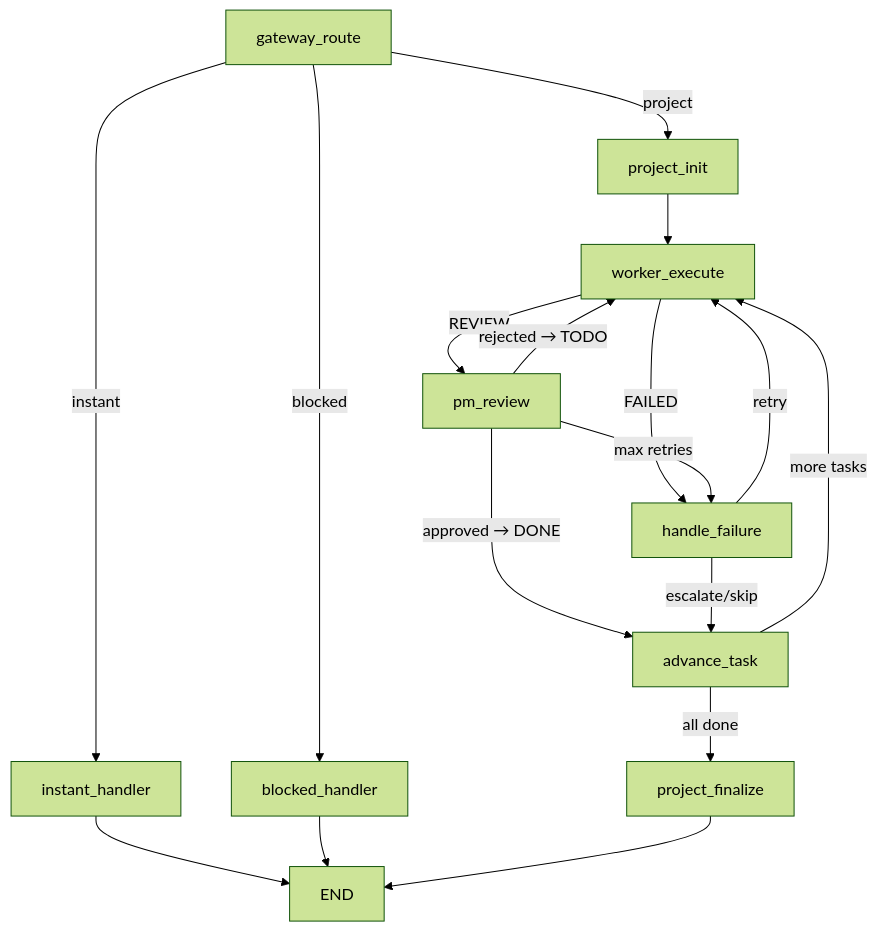
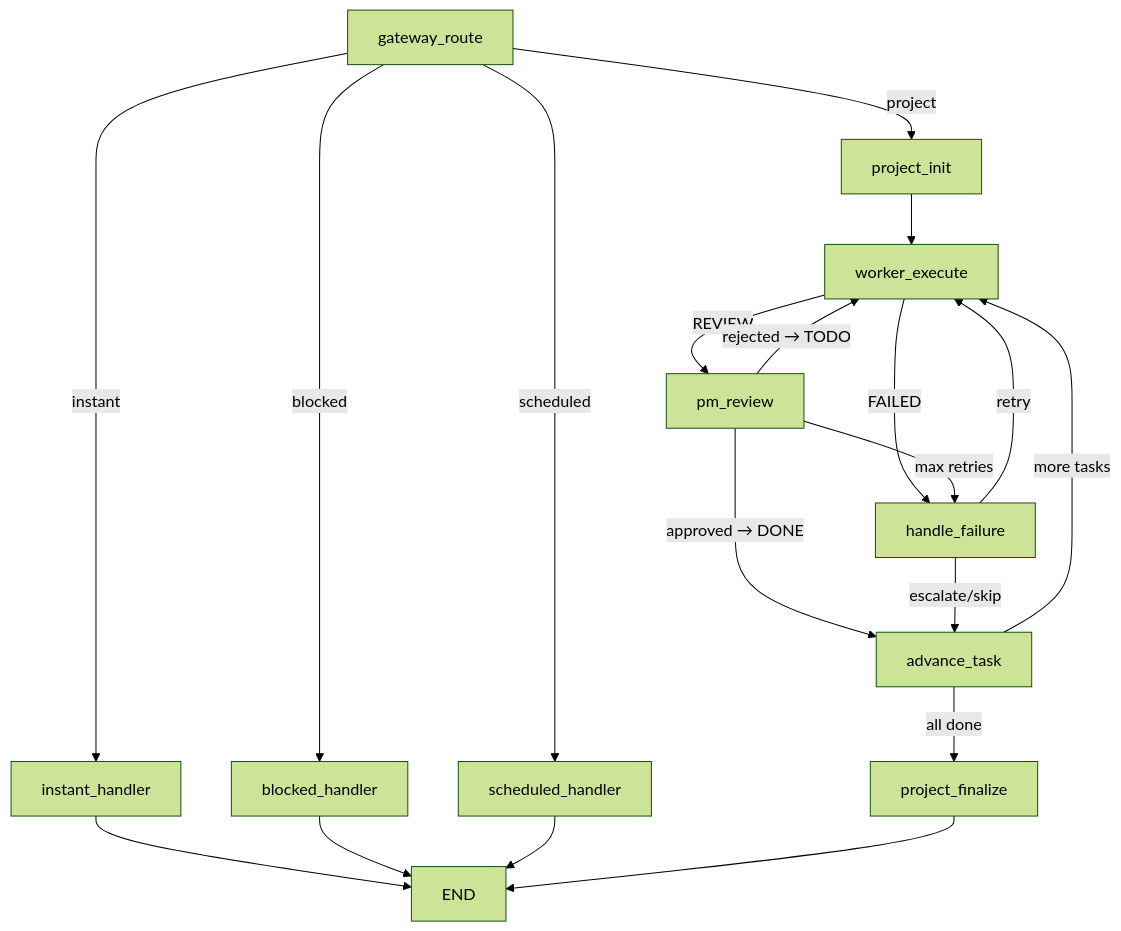
The diagram in 学习文档.md (Byang5426/multi-agent-damo), drawn with Mermaid (forest theme) before and after one commit. The commit also changed other lines of this file and 1 other file, not shown here.

````diff
--- a/学习文档.md
+++ b/学习文档.md
@@ -127,19 +140,21 @@
 ```mermaid
 graph TB
     A[gateway_route] -->|instant| B[instant_handler]
     A -->|project| C[project_init]
     A -->|blocked| D[blocked_handler]
+    A -->|scheduled| D2[scheduled_handler]
     B --> END
     D --> END
+    D2 --> END
     C --> E[worker_execute]
     E -->|REVIEW| F[pm_review]
     E -->|FAILED| G[handle_failure]
     F -->|approved → DONE| H[advance_task]
     F -->|rejected → TODO| E
     F -->|max retries| G
     G -->|retry| E
     G -->|escalate/skip| H
     H -->|more tasks| E
     H -->|all done| I[project_finalize]
     I --> END
 ```
````
